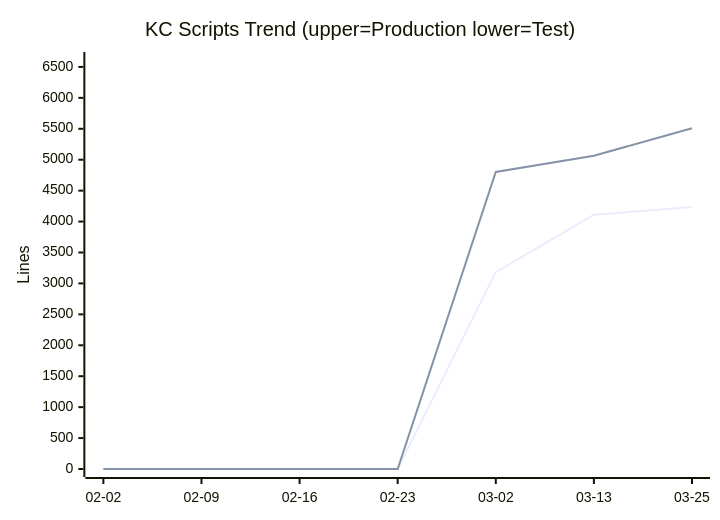
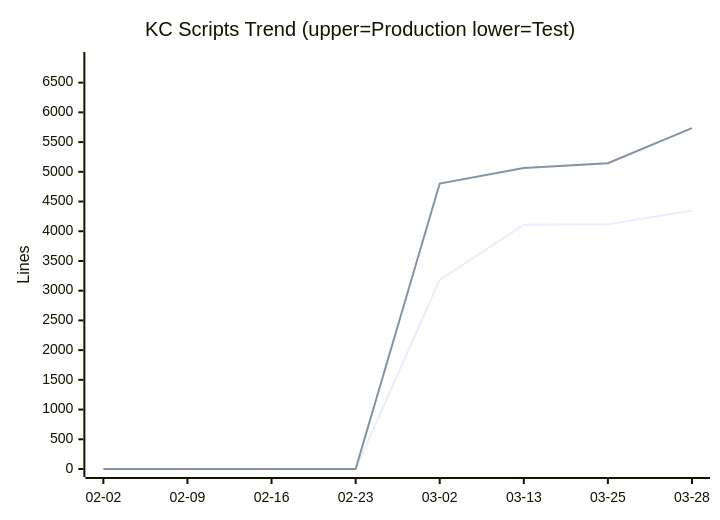
One commit to nablarch/nabledge-dev changed diagram 11 of 14 in docs/metrics.md. Above: the diagram before and after it, drawn with Mermaid. The commit also changed other lines of this file, not shown here.

````diff
--- a/docs/metrics.md
+++ b/docs/metrics.md
@@ -142,8 +142,8 @@
 ```mermaid
 xychart-beta
   title "KC Scripts Trend (upper=Production  lower=Test)"
-  x-axis ["02-02", "02-09", "02-16", "02-23", "03-02", "03-13", "03-25"]
-  y-axis "Lines" 0 --> 6612
-  line [0, 0, 0, 0, 3183, 4109, 4234]
-  line [0, 0, 0, 0, 4802, 5064, 5510]
+  x-axis ["02-02", "02-09", "02-16", "02-23", "03-02", "03-13", "03-25", "03-28"]
+  y-axis "Lines" 0 --> 6881
+  line [0, 0, 0, 0, 3183, 4109, 4119, 4347]
+  line [0, 0, 0, 0, 4802, 5064, 5145, 5734]
 ```
````
